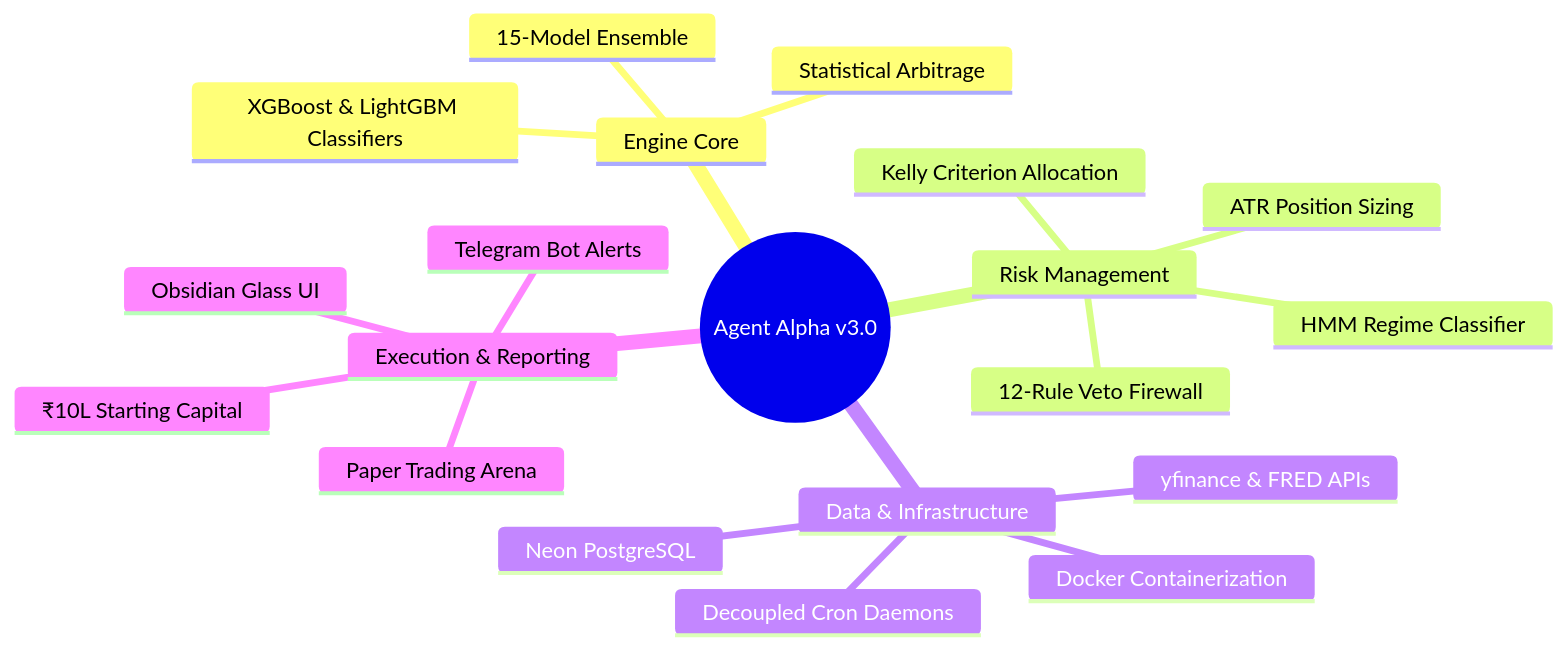
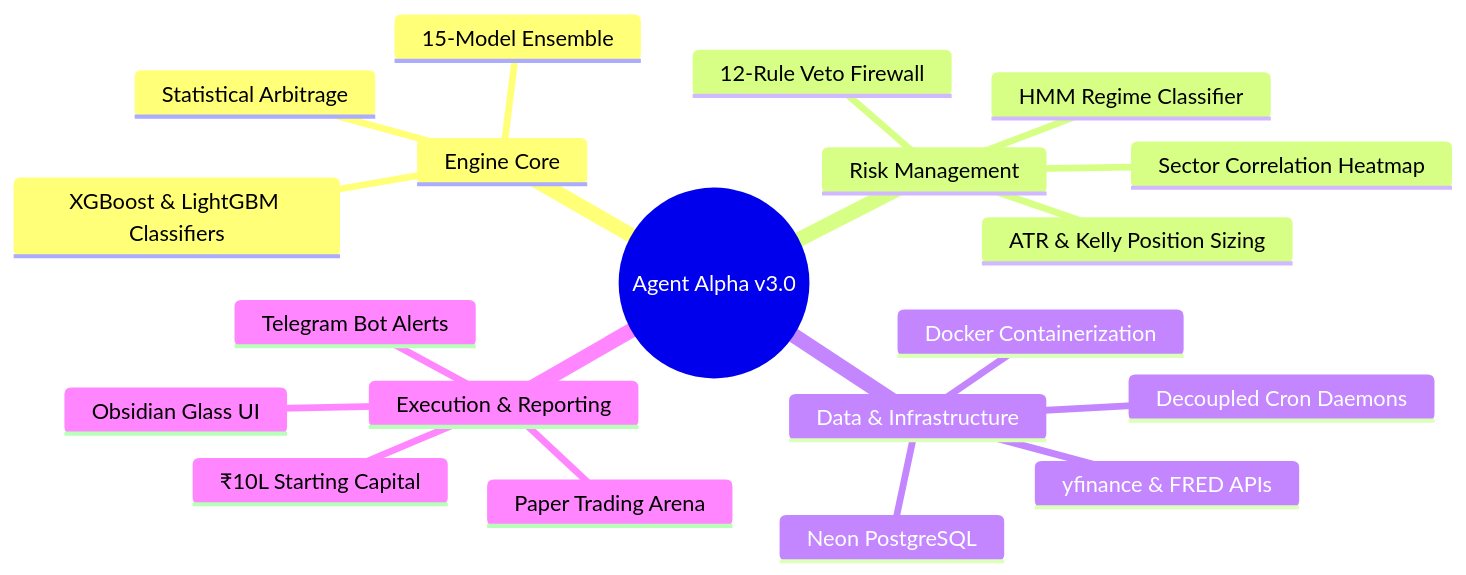
The first of 3 diagrams in README.md (SaiSiddharthBS/MarketAnalyser), drawn with Mermaid before and after one commit. The commit also changed other lines of this file, not shown here.

Commit message:
docs: Remove accuracy chart, fix node mapping, add deep dive explanations

````diff
--- a/README.md
+++ b/README.md
@@ -46,23 +46,23 @@
 ```mermaid
 mindmap
   root((Agent Alpha v3.0))
     Engine Core
       15-Model Ensemble
       XGBoost & LightGBM Classifiers
       Statistical Arbitrage
     Risk Management
       HMM Regime Classifier
       12-Rule Veto Firewall
-      ATR Position Sizing
-      Kelly Criterion Allocation
+      Sector Correlation Heatmap
+      ATR & Kelly Position Sizing
     Data & Infrastructure
       yfinance & FRED APIs
       Neon PostgreSQL
       Docker Containerization
       Decoupled Cron Daemons
     Execution & Reporting
       Paper Trading Arena
       ₹10L Starting Capital
       Telegram Bot Alerts
       Obsidian Glass UI
 ```
````
